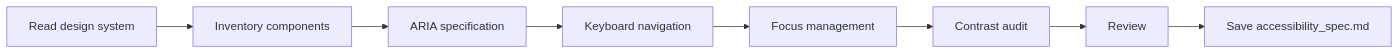
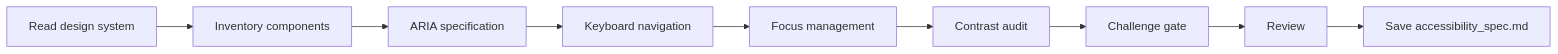
The diagram in skills/ux-accessibility/SKILL.md (ai-driven-dev/framework), drawn with Mermaid before and after one commit. The commit also changed other lines of this file and 22 other files, not shown here.

````diff
--- a/skills/ux-accessibility/SKILL.md
+++ b/skills/ux-accessibility/SKILL.md
@@ -35,4 +36,4 @@
 ```mermaid
 flowchart LR
-    A[Read design system] --> B[Inventory components] --> C[ARIA specification] --> D[Keyboard navigation] --> E[Focus management] --> F[Contrast audit] --> G[Review] --> H[Save accessibility_spec.md]
+    A[Read design system] --> B[Inventory components] --> C[ARIA specification] --> D[Keyboard navigation] --> E[Focus management] --> F[Contrast audit] --> G[Challenge gate] --> H[Review] --> I[Save accessibility_spec.md]
 ```
````
